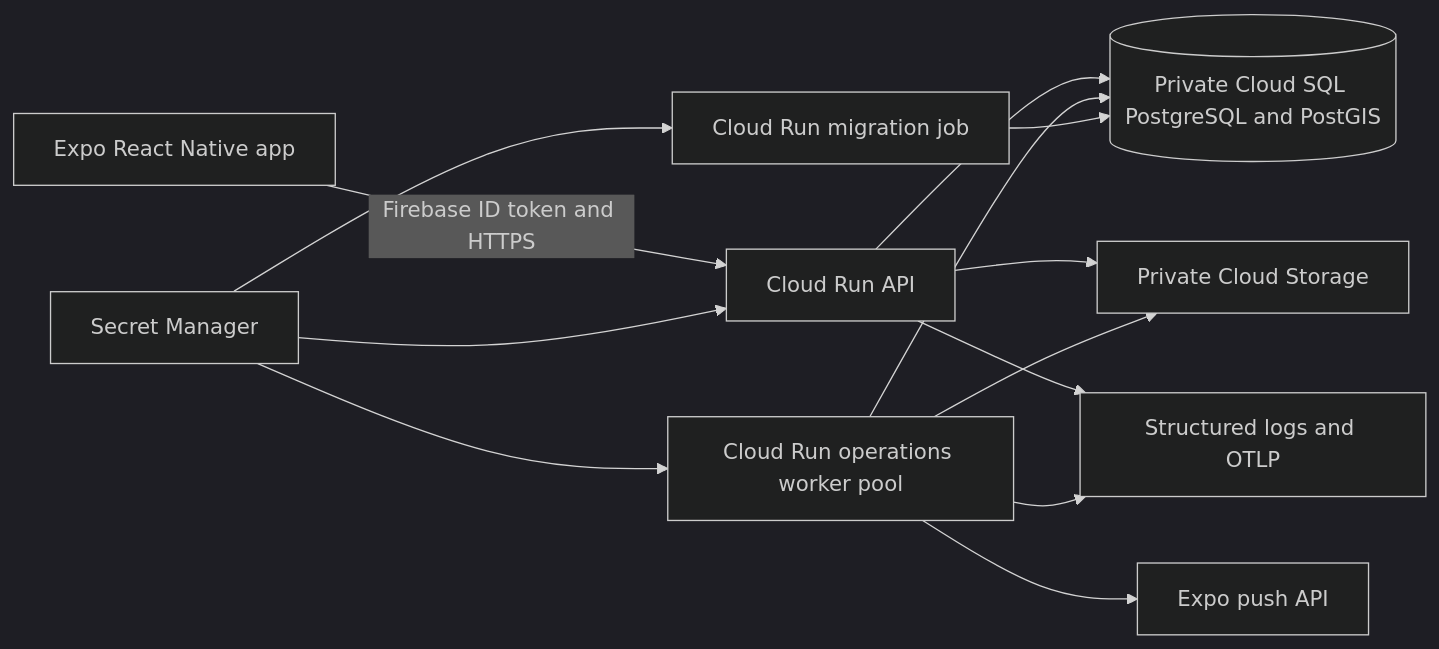
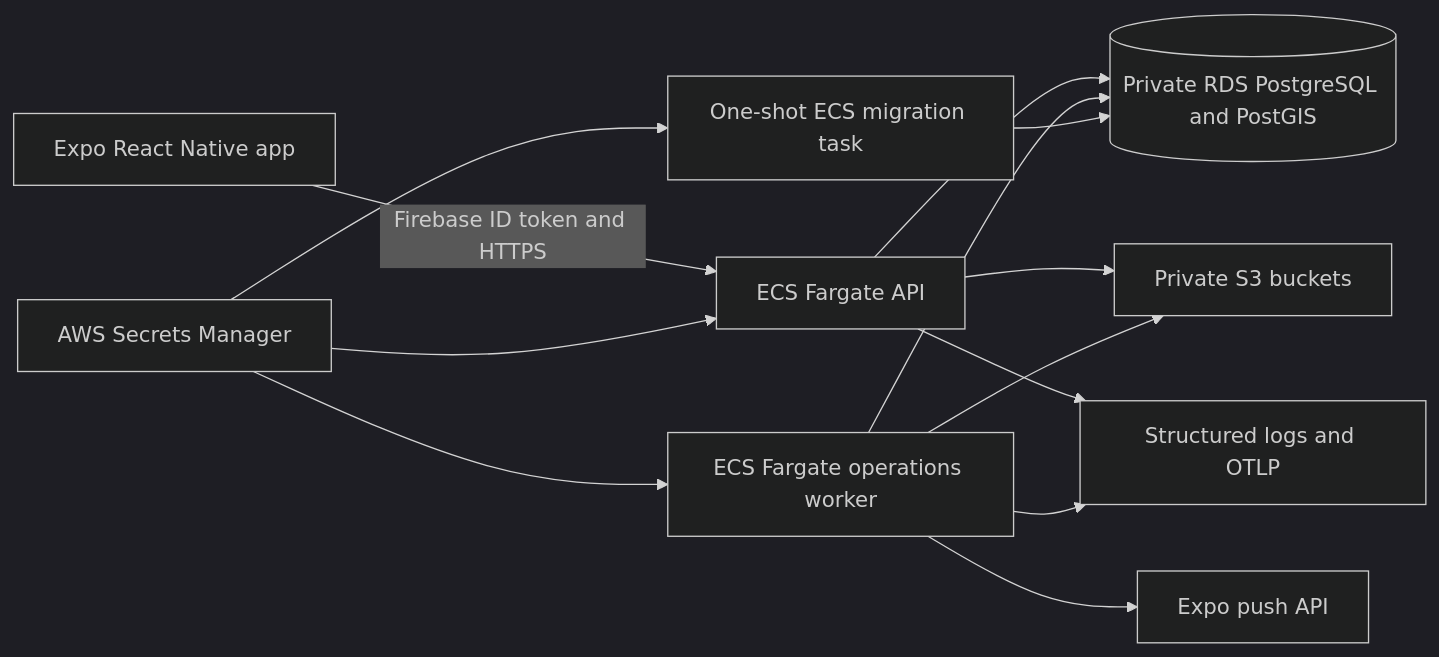
One commit to GoGymGo/Platform changed the diagram in docs/architecture/api.md. Above: the diagram before and after it, drawn with Mermaid (dark theme). The commit also changed other lines of this file and 42 other files, not shown here.

````diff
--- a/docs/architecture/api.md
+++ b/docs/architecture/api.md
@@ -10,15 +10,15 @@
 ```mermaid
 flowchart LR
-  Mobile[Expo React Native app] -->|Firebase ID token and HTTPS| API[Cloud Run API]
-  API --> DB[(Private Cloud SQL PostgreSQL and PostGIS)]
-  API --> Buckets[Private Cloud Storage]
-  Worker[Cloud Run operations worker pool] --> DB
+  Mobile[Expo React Native app] -->|Firebase ID token and HTTPS| API[ECS Fargate API]
+  API --> DB[(Private RDS PostgreSQL and PostGIS)]
+  API --> Buckets[Private S3 buckets]
+  Worker[ECS Fargate operations worker] --> DB
   Worker --> Expo[Expo push API]
   Worker --> Buckets
-  Migration[Cloud Run migration job] --> DB
-  Secrets[Secret Manager] --> API
+  Migration[One-shot ECS migration task] --> DB
+  Secrets[AWS Secrets Manager] --> API
   Secrets --> Worker
   Secrets --> Migration
   API --> Telemetry[Structured logs and OTLP]
   Worker --> Telemetry
 ```
````
